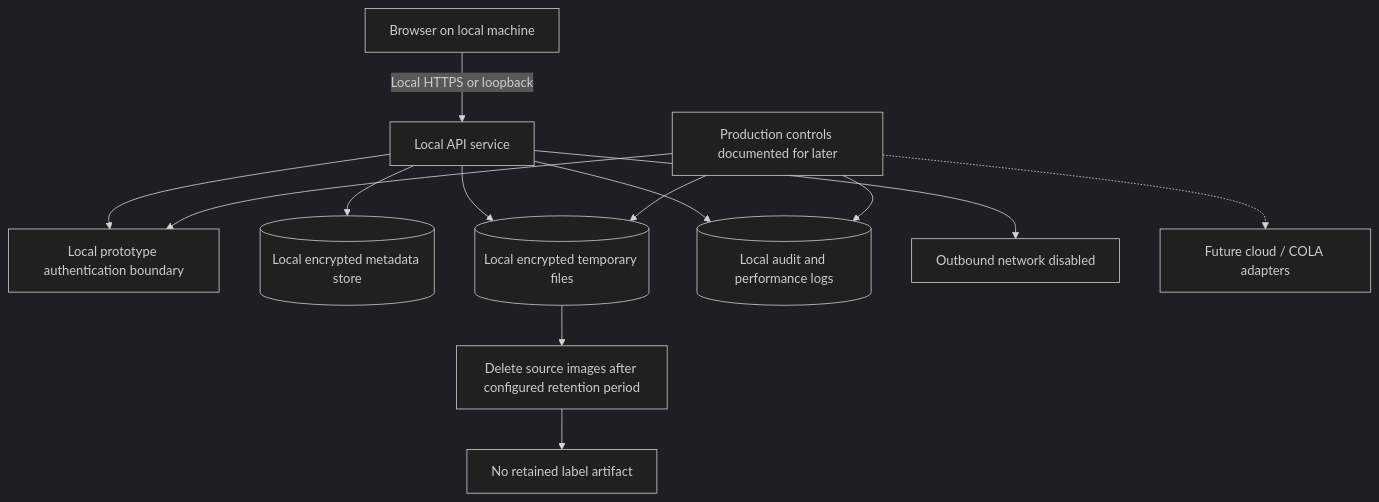
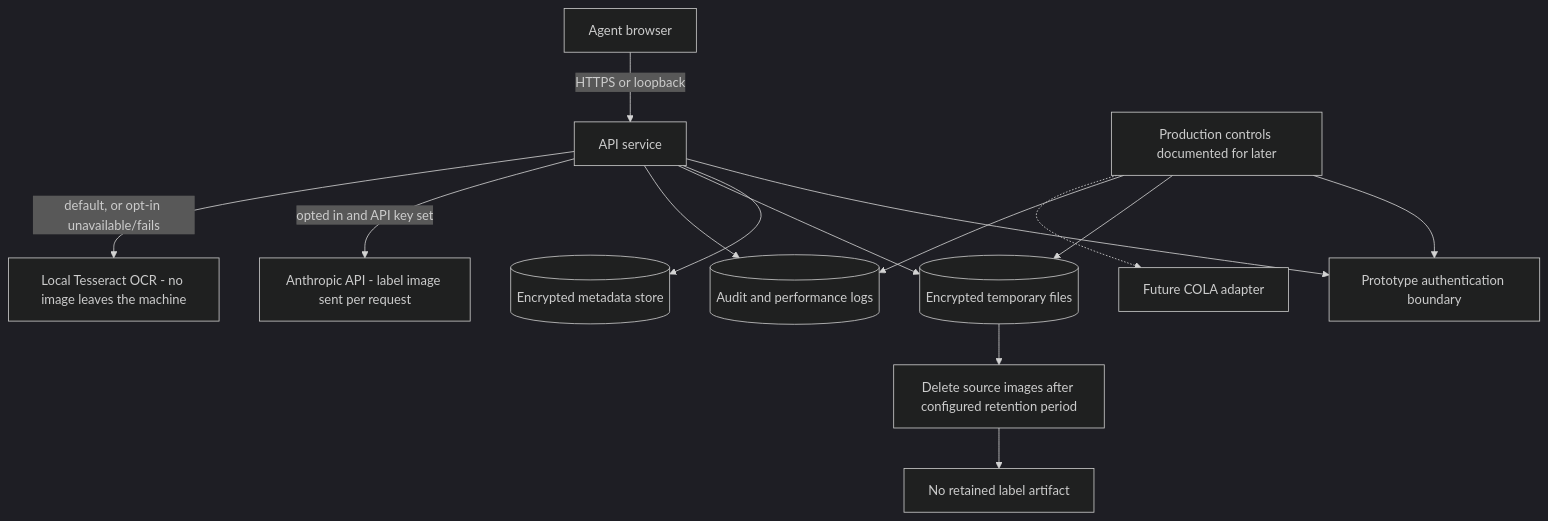
Before and after one commit to axu0910/treasury_take_home: the sixth of 7 diagrams in arch.md, drawn with Mermaid (dark theme). The commit also changed other lines of this file and 34 other files, not shown here.

First line of the commit message:
Add Claude vision extraction (opt-in) and RapidOCR-backed local default

````diff
--- a/arch.md
+++ b/arch.md
@@ -233,17 +242,18 @@
 ```mermaid
 flowchart TB
-  Browser[Browser on local machine] -->|Local HTTPS or loopback| API[Local API service]
-  API --> Auth[Local prototype authentication boundary]
-  API --> Store[(Local encrypted metadata store)]
-  API --> Temp[(Local encrypted temporary files)]
-  API --> Logs[(Local audit and performance logs)]
-  API --> Offline[Outbound network disabled]
+  Browser[Agent browser] -->|HTTPS or loopback| API[API service]
+  API --> Auth[Prototype authentication boundary]
+  API --> Store[(Encrypted metadata store)]
+  API --> Temp[(Encrypted temporary files)]
+  API --> Logs[(Audit and performance logs)]
+  API -->|"opted in and API key set"| Claude[Anthropic API - label image sent per request]
+  API -->|"default, or opt-in unavailable/fails"| LocalOCR[Local Tesseract OCR - no image leaves the machine]
 
   Temp --> Delete[Delete source images after configured retention period]
   Delete --> Purged[No retained label artifact]
 
   Policy[Production controls documented for later] --> Auth
   Policy --> Temp
   Policy --> Logs
-  Policy -.-> Future[Future cloud / COLA adapters]
+  Policy -.-> Future[Future COLA adapter]
 ```
````
